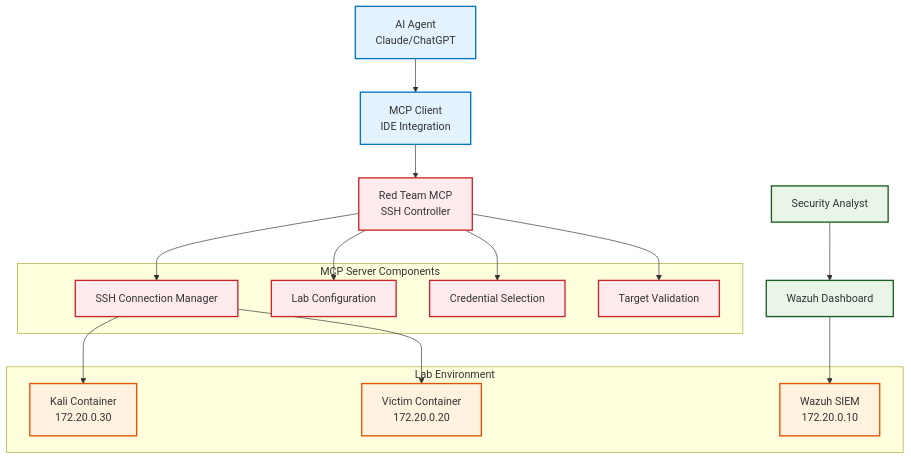
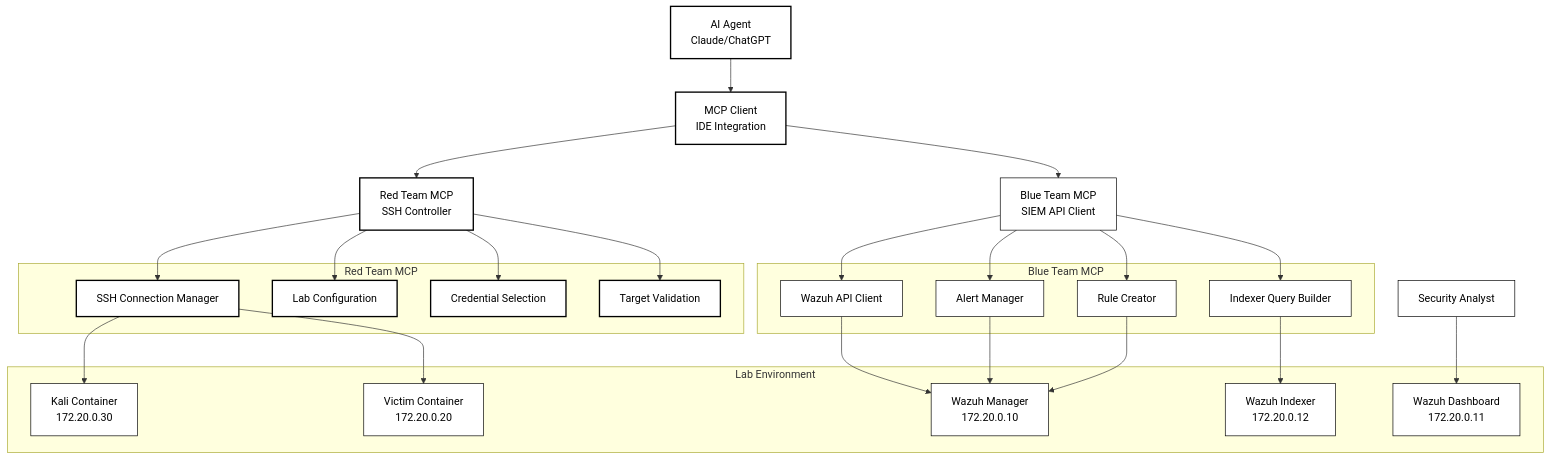
Before and after one commit to PaloAltoNetworks/shifter: the diagram in docs/components/mcp-integration.md, drawn with Mermaid. The commit also changed other lines of this file and 1 other file, not shown here.

Commit message:
add: Blue team MCP design

````diff
--- a/docs/components/mcp-integration.md
+++ b/docs/components/mcp-integration.md
@@ -21,39 +23,60 @@
 ```mermaid
 flowchart TD
     A[AI Agent<br/>Claude/ChatGPT] --> B[MCP Client<br/>IDE Integration]
     B --> C[Red Team MCP<br/>SSH Controller]
+    B --> D[Blue Team MCP<br/>SIEM API Client]
     
-    subgraph "MCP Server Components"
-        D[SSH Connection Manager]
-        E[Lab Configuration]  
-        F[Credential Selection]
-        G[Target Validation]
+    subgraph RT ["Red Team MCP"]
+        E[SSH Connection Manager]
+        F[Lab Configuration]  
+        G[Credential Selection]
+        H[Target Validation]
     end
     
-    C --> D
+    subgraph BT ["Blue Team MCP"]
+        I[Wazuh API Client]
+        J[Indexer Query Builder]
+        K[Alert Manager]
+        L[Rule Creator]
+    end
+    
     C --> E
     C --> F
     C --> G
+    C --> H
     
-    subgraph "Lab Environment"
-        H[Kali Container<br/>172.20.0.30]
-        I[Victim Container<br/>172.20.0.20]
-        J[Wazuh SIEM<br/>172.20.0.10]
+    D --> I
+    D --> J
+    D --> K
+    D --> L
+    
+    subgraph LAB ["Lab Environment"]
+        M[Kali Container<br/>172.20.0.30]
+        N[Victim Container<br/>172.20.0.20]
+        O[Wazuh Manager<br/>172.20.0.10]
+        Q[Wazuh Indexer<br/>172.20.0.12]
+        P[Wazuh Dashboard<br/>172.20.0.11]
     end
     
-    D --> H
-    D --> I
+    E --> M
+    E --> N
     
-    K[Security Analyst] --> L[Wazuh Dashboard]
-    L --> J
+    I --> O
+    J --> Q
+    K --> O
+    L --> O
     
-    classDef ai fill:#e3f2fd,stroke:#0277bd,stroke-width:2px
-    classDef mcp fill:#ffebee,stroke:#c62828,stroke-width:2px
-    classDef lab fill:#fff3e0,stroke:#e65100,stroke-width:2px
-    classDef analyst fill:#e8f5e8,stroke:#1b5e20,stroke-width:2px
+    R[Security Analyst] --> P
+    
+    classDef ai fill:#ffffff,stroke:#000000,stroke-width:2px,color:#000000
+    classDef redmcp fill:#ffffff,stroke:#000000,stroke-width:2px,color:#000000
+    classDef bluemcp fill:#ffffff,stroke:#000000,stroke-width:1px,color:#000000
+    classDef lab fill:#ffffff,stroke:#000000,stroke-width:1px,color:#000000
+    classDef analyst fill:#ffffff,stroke:#000000,stroke-width:1px,color:#000000
     
     class A,B ai
-    class C,D,E,F,G mcp
-    class H,I,J lab
-    class K,L analyst
+    class C,E,F,G,H redmcp
+    class D,I,J,K,L bluemcp
+    class M,N,O,P,Q lab
+    class R analyst
 ```
````
